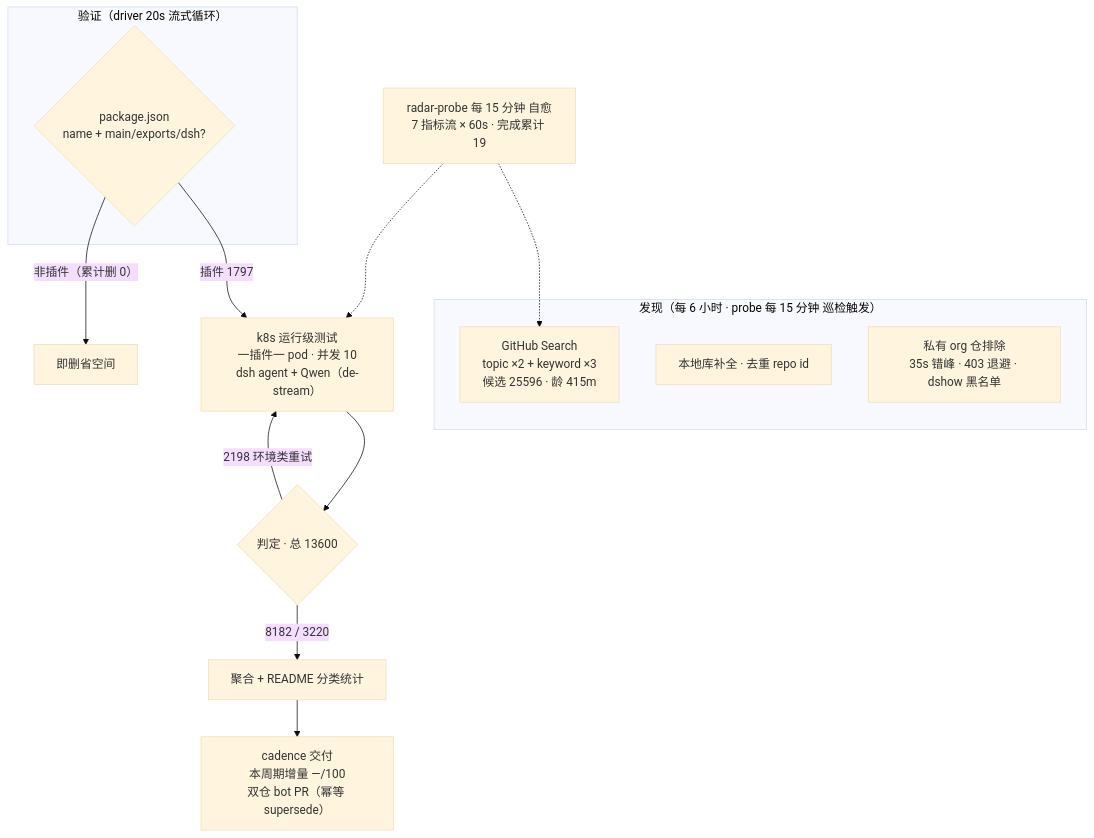
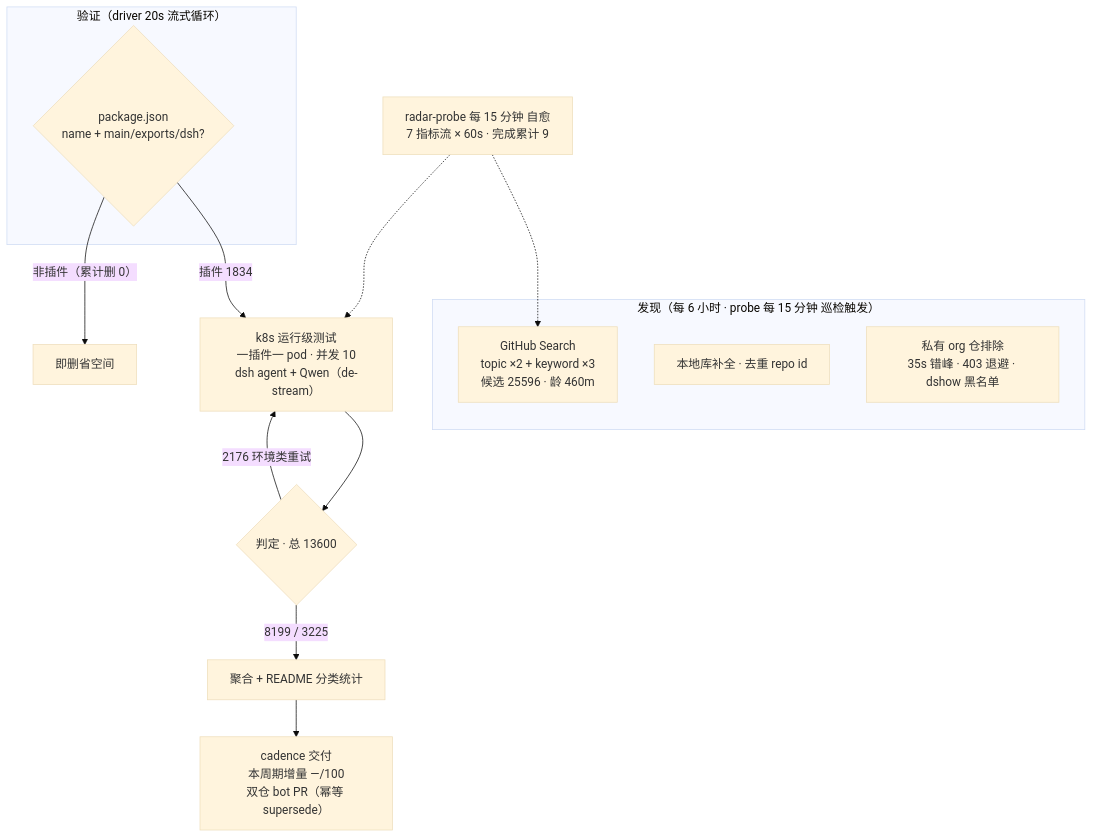
Before and after one commit to Zhidao-Lab-OSS/awesome-dsh-plugins: the diagram in README.md, drawn with Mermaid (base theme). The commit also changed other lines of this file and 1 other file, not shown here.

````diff
--- a/README.md
+++ b/README.md
@@ -159,20 +159,20 @@
 ```mermaid
 flowchart TB
     subgraph Discovery["发现（每 6 小时 · probe 每 15 分钟 巡检触发）"]
-        A1["GitHub Search<br/>topic ×2 + keyword ×3<br/>候选 25596 · 龄 415m"]
+        A1["GitHub Search<br/>topic ×2 + keyword ×3<br/>候选 25596 · 龄 460m"]
         A2["本地库补全 · 去重 repo id"]
         A3["私有 org 仓排除<br/>35s 错峰 · 403 退避 · dshow 黑名单"]
     end
     subgraph Validation["验证（driver 20s 流式循环）"]
         B1{"package.json<br/>name + main/exports/dsh?"}
     end
-    B1 -->|"插件 1797"| C1["k8s 运行级测试<br/>一插件一 pod · 并发 10<br/>dsh agent + Qwen（de-stream）"]
+    B1 -->|"插件 1834"| C1["k8s 运行级测试<br/>一插件一 pod · 并发 10<br/>dsh agent + Qwen（de-stream）"]
     B1 -->|"非插件（累计删 0）"| B3["即删省空间"]
     C1 --> D1{"判定 · 总 13600"}
-    D1 -->|"8182 / 3220"| E1["聚合 + README 分类统计"]
-    D1 -->|"2198 环境类重试"| C1
+    D1 -->|"8199 / 3225"| E1["聚合 + README 分类统计"]
+    D1 -->|"2176 环境类重试"| C1
     E1 --> E2["cadence 交付<br/>本周期增量 —/100<br/>双仓 bot PR（幂等 supersede）"]
-    M["radar-probe 每 15 分钟 自愈<br/>7 指标流 × 60s · 完成累计 19"]
+    M["radar-probe 每 15 分钟 自愈<br/>7 指标流 × 60s · 完成累计 9"]
     M -.-> A1
     M -.-> C1
 ```
````
